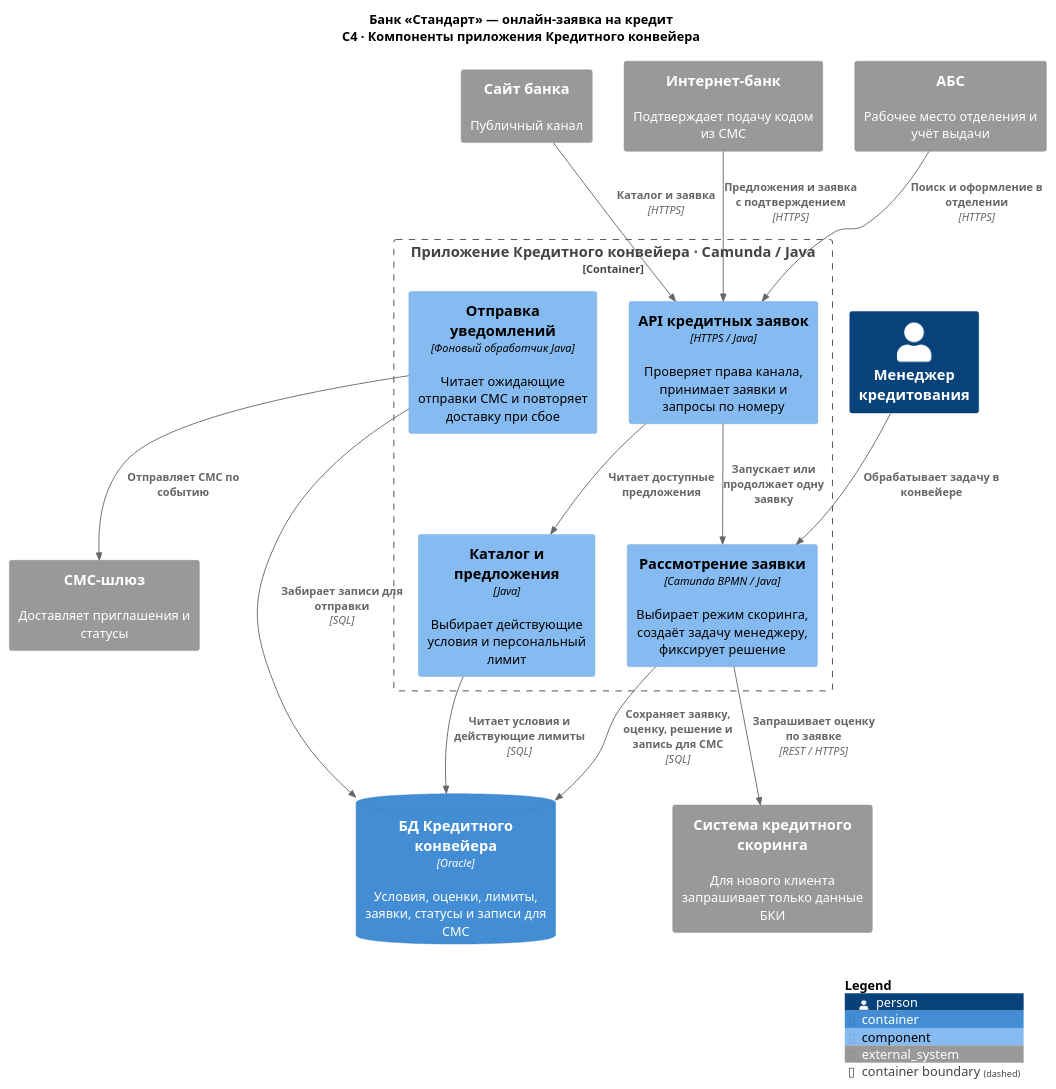
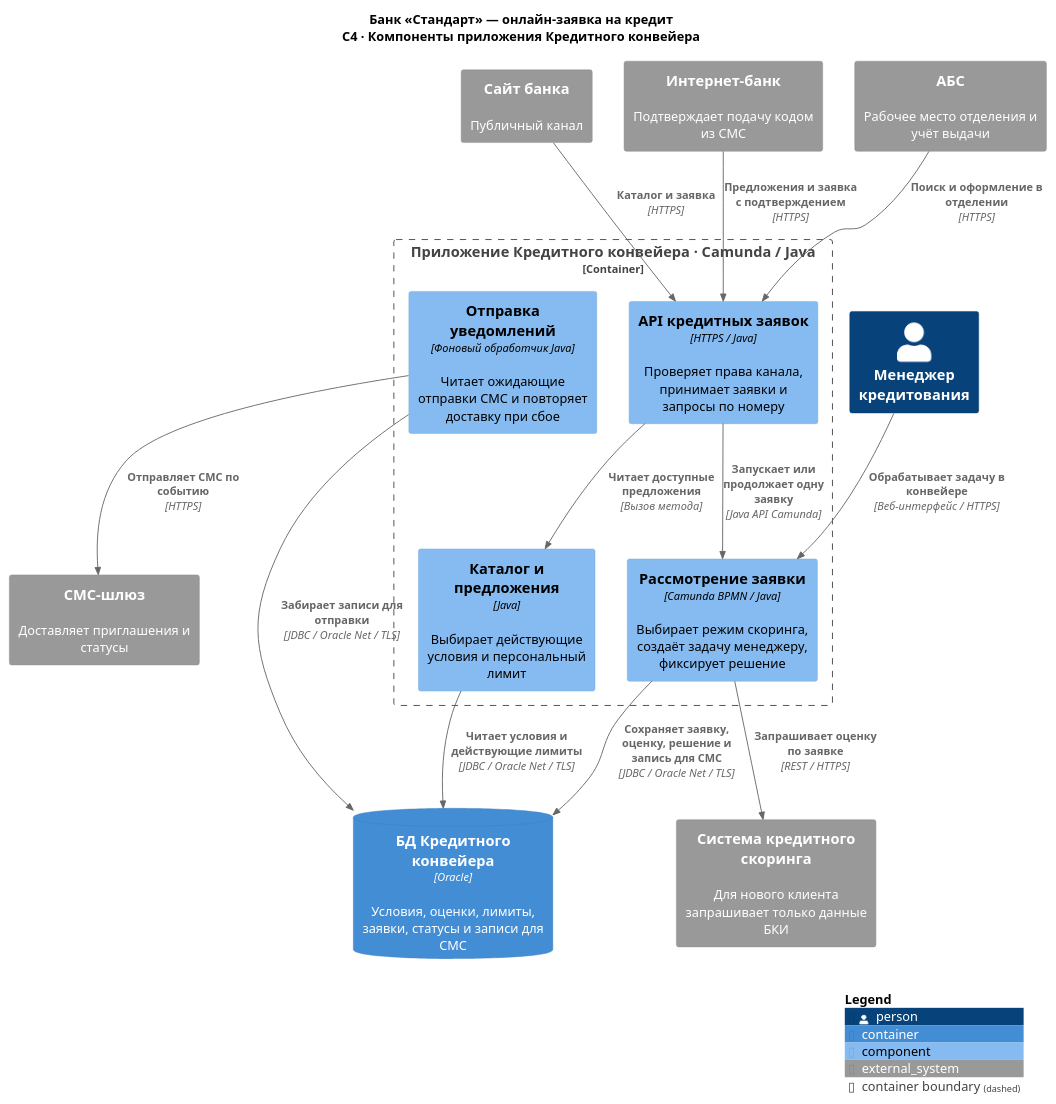
The diagram in Task5/c4-component.puml (nekr0z/architecture-pro-standart), drawn with PlantUML before and after one commit. The commit also changed 7 other files, not shown here.

```diff
--- a/Task5/c4-component.puml
+++ b/Task5/c4-component.puml
@@ -1,29 +1,29 @@
 @startuml c4-component
 !include <C4/C4_Component>
 title Банк «Стандарт» — онлайн-заявка на кредит\nC4 · Компоненты приложения Кредитного конвейера
 System_Ext(site, "Сайт банка", "Публичный канал")
 System_Ext(ib, "Интернет-банк", "Подтверждает подачу кодом из СМС")
 System_Ext(absys, "АБС", "Рабочее место отделения и учёт выдачи")
 Person(manager, "Менеджер кредитования")
 Container_Boundary(app, "Приложение Кредитного конвейера · Camunda / Java") {
     Component(api, "API кредитных заявок", "HTTPS / Java", "Проверяет права канала, принимает заявки и запросы по номеру")
     Component(offers, "Каталог и предложения", "Java", "Выбирает действующие условия и персональный лимит")
     Component(flow, "Рассмотрение заявки", "Camunda BPMN / Java", "Выбирает режим скоринга, создаёт задачу менеджеру, фиксирует решение")
     Component(notify, "Отправка уведомлений", "Фоновый обработчик Java", "Читает ожидающие отправки СМС и повторяет доставку при сбое")
 }
 ContainerDb(db, "БД Кредитного конвейера", "Oracle", "Условия, оценки, лимиты, заявки, статусы и записи для СМС")
 System_Ext(score, "Система кредитного скоринга", "Для нового клиента запрашивает только данные БКИ")
 System_Ext(sms, "СМС-шлюз", "Доставляет приглашения и статусы")
 Rel(site, api, "Каталог и заявка", "HTTPS")
 Rel(ib, api, "Предложения и заявка с подтверждением", "HTTPS")
 Rel(absys, api, "Поиск и оформление в отделении", "HTTPS")
-Rel(api, offers, "Читает доступные предложения")
-Rel(api, flow, "Запускает или продолжает одну заявку")
-Rel(manager, flow, "Обрабатывает задачу в конвейере")
-Rel(offers, db, "Читает условия и действующие лимиты", "SQL")
+Rel(api, offers, "Читает доступные предложения", "Вызов метода")
+Rel(api, flow, "Запускает или продолжает одну заявку", "Java API Camunda")
+Rel(manager, flow, "Обрабатывает задачу в конвейере", "Веб-интерфейс / HTTPS")
+Rel(offers, db, "Читает условия и действующие лимиты", "JDBC / Oracle Net / TLS")
 Rel(flow, score, "Запрашивает оценку по заявке", "REST / HTTPS")
-Rel(flow, db, "Сохраняет заявку, оценку, решение и запись для СМС", "SQL")
-Rel(notify, db, "Забирает записи для отправки", "SQL")
-Rel(notify, sms, "Отправляет СМС по событию")
+Rel(flow, db, "Сохраняет заявку, оценку, решение и запись для СМС", "JDBC / Oracle Net / TLS")
+Rel(notify, db, "Забирает записи для отправки", "JDBC / Oracle Net / TLS")
+Rel(notify, sms, "Отправляет СМС по событию", "HTTPS")
 SHOW_LEGEND()
 @enduml
```
